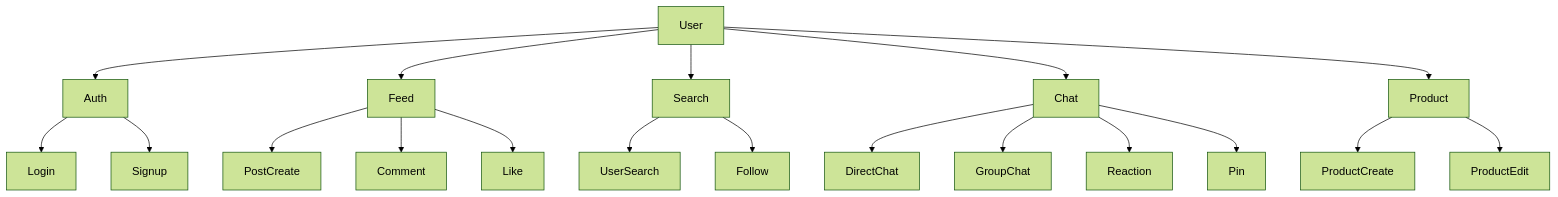
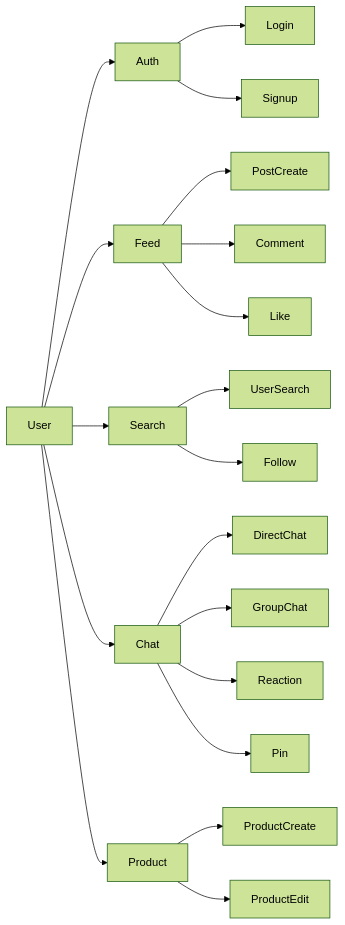
Before and after one commit to Hallabong-Frontend/mandarin-market: the first of 3 diagrams in README.md, drawn with Mermaid (forest theme).

Commit message:
docs(readme): 기능 구조 다이어그램 수정
기능 구조 다이어그램 TD 대신 LR로 수정

````diff
--- a/README.md
+++ b/README.md
@@ -186,27 +186,27 @@
 ```mermaid
-flowchart TD
+flowchart LR
 
 User --> Auth
 User --> Feed
 User --> Search
 User --> Chat
 User --> Product
 
 Auth --> Login
 Auth --> Signup
 
 Feed --> PostCreate
 Feed --> Comment
 Feed --> Like
 
 Product --> ProductCreate
 Product --> ProductEdit
 
 Search --> UserSearch
 Search --> Follow
 
 Chat --> DirectChat
 Chat --> GroupChat
 Chat --> Reaction
 Chat --> Pin
 ```
````
